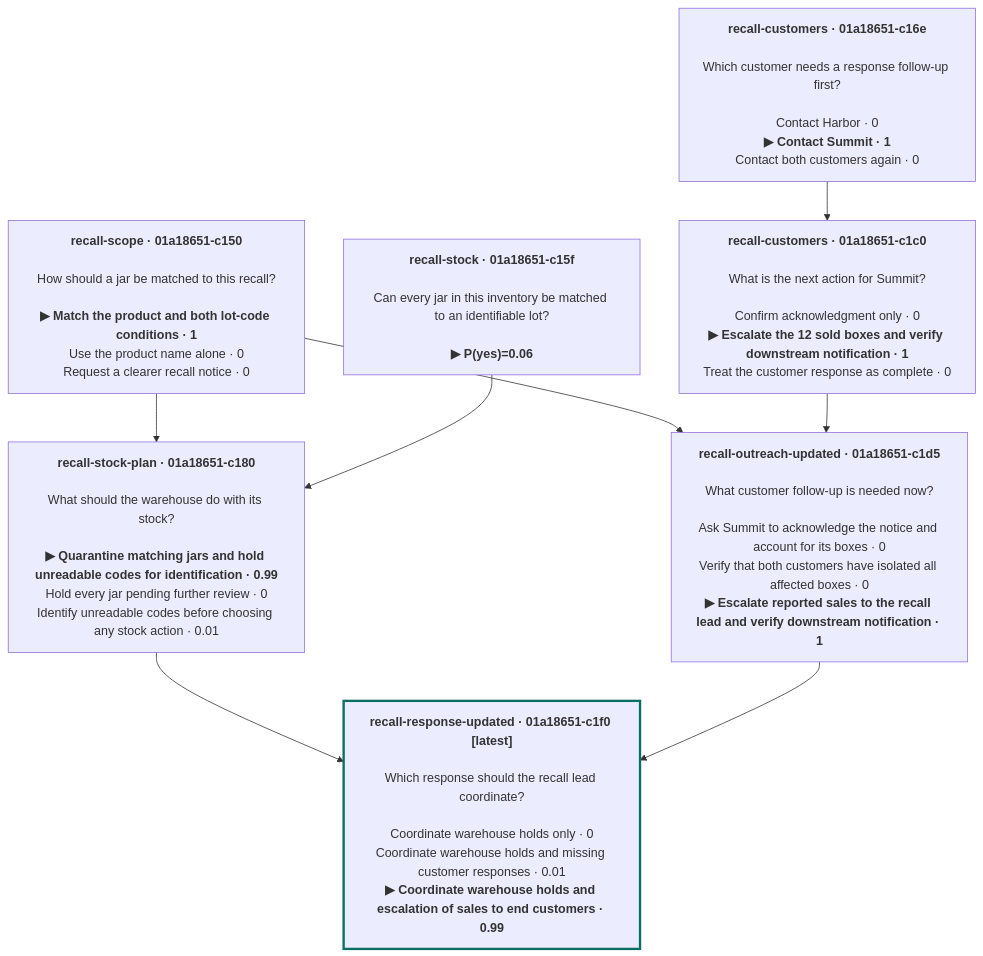
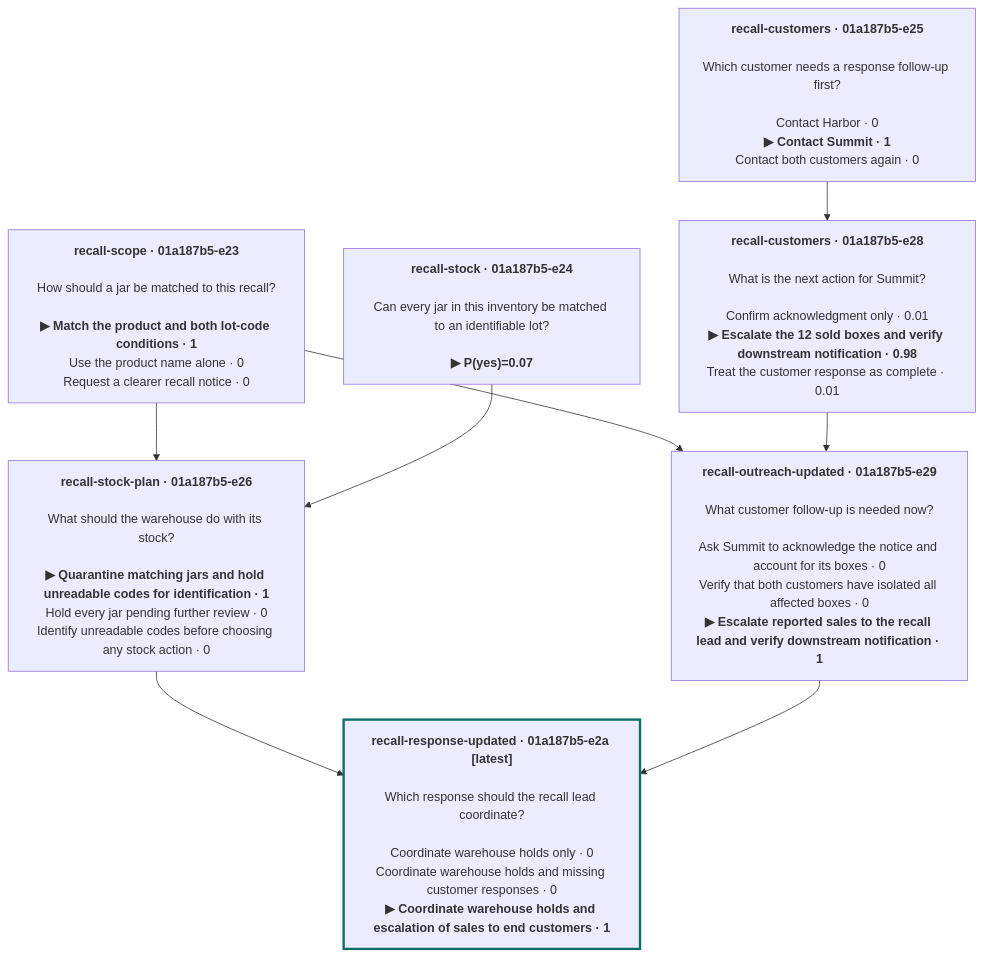
Before and after one commit to nouli-ai/nouli: the diagram in README.md, drawn with Mermaid. The commit also changed other lines of this file and 2 other files, not shown here.

Commit message:
Rewrite the README around the interactive session and the 0.2.0 commands

````diff
--- a/README.md
+++ b/README.md
@@ -106,21 +124,21 @@
 ```mermaid
-%% Nouli session: recall-response-updated (01a18651-c1e2-729b-9c2a-25b69d0de3d3)
+%% Nouli session: recall-response-updated (01a187b5-e29d-775b-be9b-429228ad43ff)
 %%{init: {"flowchart": {"wrappingWidth": 320}}}%%
 flowchart TD
-  t0["<b>recall-scope · 01a18651-c150</b><br/><br/>How should a jar be matched to this recall?<br/><br/><b>▶ Match the product and both lot-code conditions · 1</b><br/>Use the product name alone · 0<br/>Request a clearer recall notice · 0"]
-  t1["<b>recall-stock · 01a18651-c15f</b><br/><br/>Can every jar in this inventory be matched to an identifiable lot?<br/><br/><b>▶ P(yes)=0.06</b>"]
-  t2["<b>recall-stock-plan · 01a18651-c180</b><br/><br/>What should the warehouse do with its stock?<br/><br/><b>▶ Quarantine matching jars and hold unreadable codes for identification · 0.99</b><br/>Hold every jar pending further review · 0<br/>Identify unreadable codes before choosing any stock action · 0.01"]
-  t3["<b>recall-customers · 01a18651-c16e</b><br/><br/>Which customer needs a response follow-up first?<br/><br/>Contact Harbor · 0<br/><b>▶ Contact Summit · 1</b><br/>Contact both customers again · 0"]
-  t4["<b>recall-customers · 01a18651-c1c0</b><br/><br/>What is the next action for Summit?<br/><br/>Confirm acknowledgment only · 0<br/><b>▶ Escalate the 12 sold boxes and verify downstream notification · 1</b><br/>Treat the customer response as complete · 0"]
-  t5["<b>recall-outreach-updated · 01a18651-c1d5</b><br/><br/>What customer follow-up is needed now?<br/><br/>Ask Summit to acknowledge the notice and account for its boxes · 0<br/>Verify that both customers have isolated all affected boxes · 0<br/><b>▶ Escalate reported sales to the recall lead and verify downstream notification · 1</b>"]
-  t6["<b>recall-response-updated · 01a18651-c1f0 [latest]</b><br/><br/>Which response should the recall lead coordinate?<br/><br/>Coordinate warehouse holds only · 0<br/>Coordinate warehouse holds and missing customer responses · 0.01<br/><b>▶ Coordinate warehouse holds and escalation of sales to end customers · 0.99</b>"]
+  t0["<b>recall-scope · 01a187b5-e23</b><br/><br/>How should a jar be matched to this recall?<br/><br/><b>▶ Match the product and both lot-code conditions · 1</b><br/>Use the product name alone · 0<br/>Request a clearer recall notice · 0"]
+  t1["<b>recall-stock · 01a187b5-e24</b><br/><br/>Can every jar in this inventory be matched to an identifiable lot?<br/><br/><b>▶ P(yes)=0.07</b>"]
+  t2["<b>recall-stock-plan · 01a187b5-e26</b><br/><br/>What should the warehouse do with its stock?<br/><br/><b>▶ Quarantine matching jars and hold unreadable codes for identification · 1</b><br/>Hold every jar pending further review · 0<br/>Identify unreadable codes before choosing any stock action · 0"]
+  t3["<b>recall-customers · 01a187b5-e25</b><br/><br/>Which customer needs a response follow-up first?<br/><br/>Contact Harbor · 0<br/><b>▶ Contact Summit · 1</b><br/>Contact both customers again · 0"]
+  t4["<b>recall-customers · 01a187b5-e28</b><br/><br/>What is the next action for Summit?<br/><br/>Confirm acknowledgment only · 0.01<br/><b>▶ Escalate the 12 sold boxes and verify downstream notification · 0.98</b><br/>Treat the customer response as complete · 0.01"]
+  t5["<b>recall-outreach-updated · 01a187b5-e29</b><br/><br/>What customer follow-up is needed now?<br/><br/>Ask Summit to acknowledge the notice and account for its boxes · 0<br/>Verify that both customers have isolated all affected boxes · 0<br/><b>▶ Escalate reported sales to the recall lead and verify downstream notification · 1</b>"]
+  t6["<b>recall-response-updated · 01a187b5-e2a [latest]</b><br/><br/>Which response should the recall lead coordinate?<br/><br/>Coordinate warehouse holds only · 0<br/>Coordinate warehouse holds and missing customer responses · 0<br/><b>▶ Coordinate warehouse holds and escalation of sales to end customers · 1</b>"]
   t0 --> t2
   t1 --> t2
   t3 --> t4
   t0 --> t5
   t4 --> t5
   t2 --> t6
   t5 --> t6
   classDef latest stroke:#0b6e63,stroke-width:3px
   class t6 latest
 ```
````
